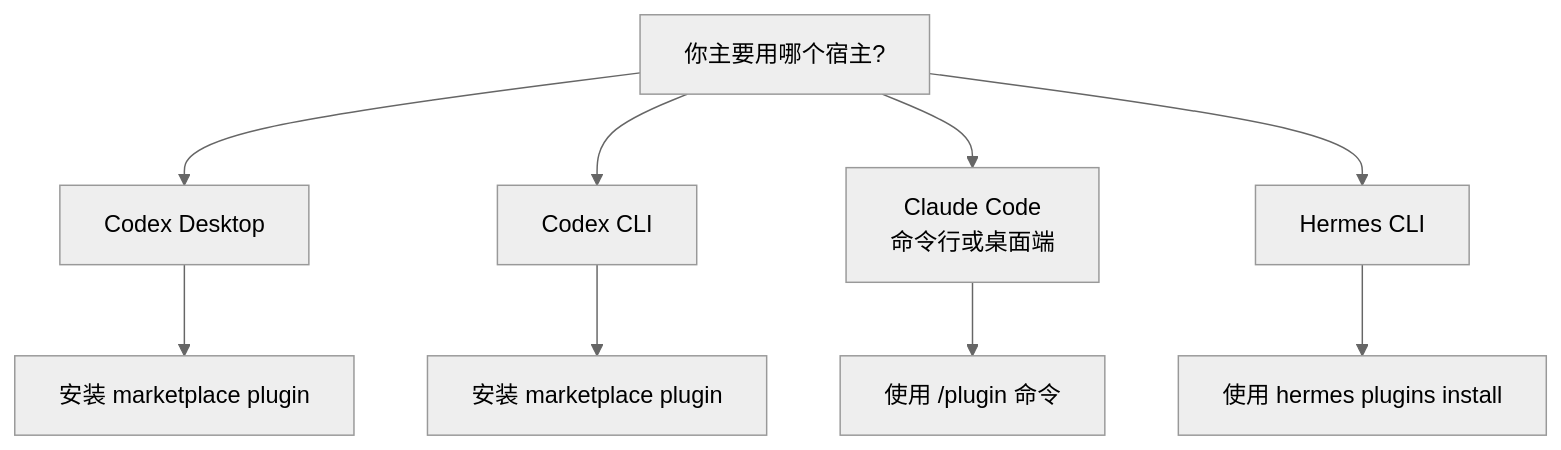
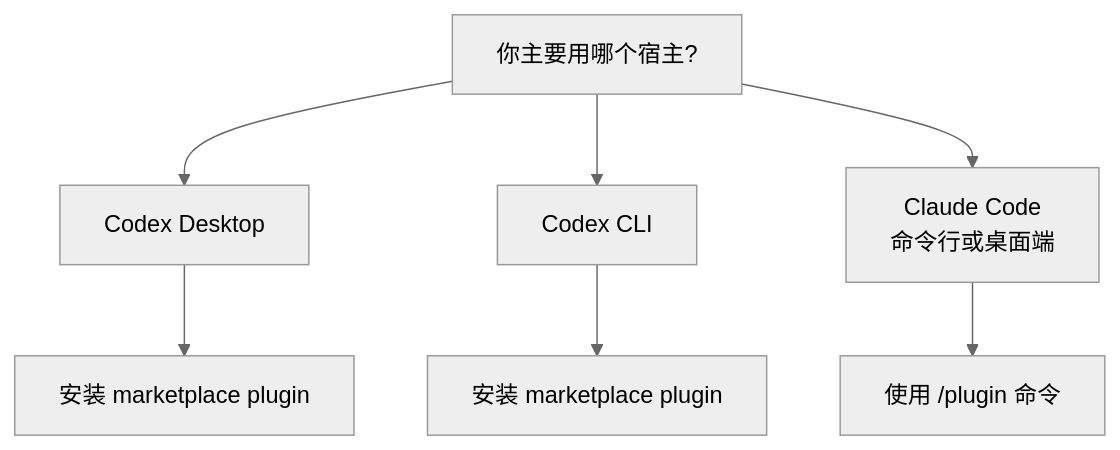
Before and after one commit to sssstwee/tastedistill: the third of 3 diagrams in README.zh-CN.md, drawn with Mermaid (neutral theme). The commit also changed other lines of this file and 25 other files, not shown here.

````diff
--- a/README.zh-CN.md
+++ b/README.zh-CN.md
@@ -140,11 +137,9 @@
 ```mermaid
 flowchart TD
     A["你主要用哪个宿主?"] --> B["Codex Desktop"]
     A --> C["Codex CLI"]
     A --> D["Claude Code<br/>命令行或桌面端"]
-    A --> E["Hermes CLI"]
     B --> F["安装 marketplace plugin"]
     C --> G["安装 marketplace plugin"]
     D --> H["使用 /plugin 命令"]
-    E --> I["使用 hermes plugins install"]
 ```
````
